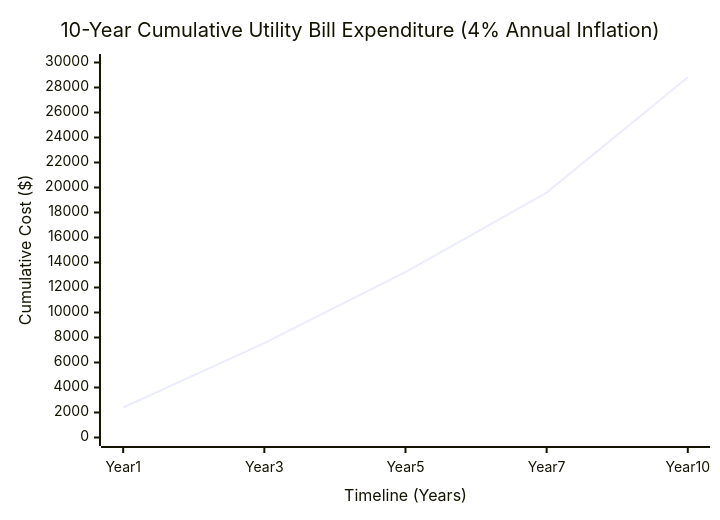
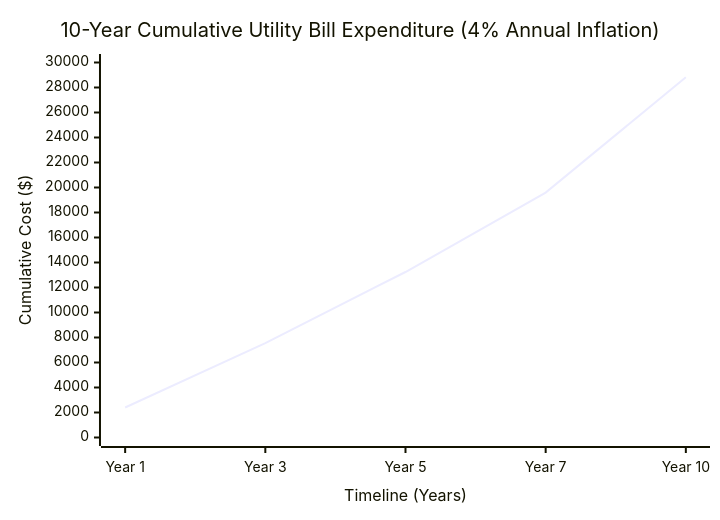
Before and after one commit to abuhanif254/Calculator-Hub: the third of 5 diagrams in content/de/electricity-cost-calculator.md, drawn with Mermaid. The commit also changed other lines of this file and 84 other files, not shown here.

````diff
--- a/content/de/electricity-cost-calculator.md
+++ b/content/de/electricity-cost-calculator.md
@@ -254,7 +254,7 @@
 ```mermaid
 xychart-beta
     title "10-Year Cumulative Utility Bill Expenditure (4% Annual Inflation)"
-    x-axis "Timeline (Years)" [Year 1, Year 3, Year 5, Year 7, Year 10]
+    x-axis "Timeline (Years)" ["Year 1", "Year 3", "Year 5", "Year 7", "Year 10"]
     y-axis "Cumulative Cost ($)" 0 --> 30000
     line [2400, 7552, 13240, 19592, 28814]
 ```
````
